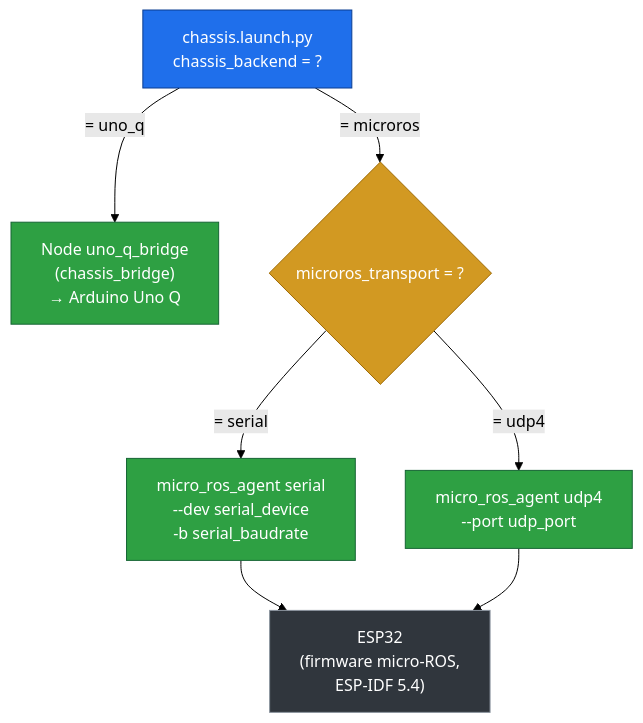
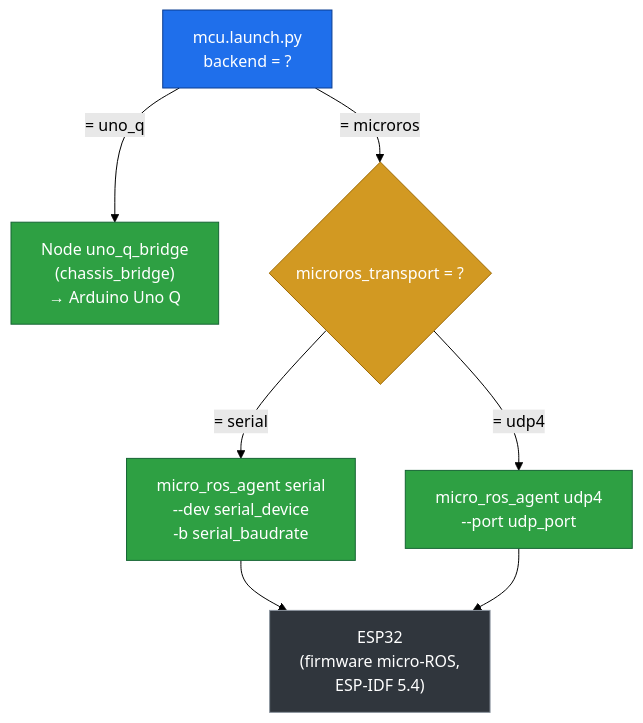
Before and after one commit to 023000237/ros2_jazzy_ws_Jean: the seventh of 8 diagrams in docs/runbook-arquitectura.md, drawn with Mermaid (forest theme). The commit also changed other lines of this file and 41 other files, not shown here.

Commit message:
new architecture

````diff
--- a/docs/runbook-arquitectura.md
+++ b/docs/runbook-arquitectura.md
@@ -187,22 +407,22 @@
 ```mermaid
 graph TD
-    START["chassis.launch.py<br/>chassis_backend = ?"]
+    START["mcu.launch.py<br/>backend = ?"]
 
     START -->|"= uno_q"| UNOQ["Node uno_q_bridge<br/>(chassis_bridge)<br/>→ Arduino Uno Q"]
     START -->|"= microros"| MR{"microros_transport = ?"}
 
     MR -->|"= serial"| SER["micro_ros_agent serial<br/>--dev serial_device<br/>-b serial_baudrate"]
     MR -->|"= udp4"| UDP["micro_ros_agent udp4<br/>--port udp_port"]
 
     SER --> ESP["ESP32<br/>(firmware micro-ROS,<br/>ESP-IDF 5.4)"]
     UDP --> ESP
 
     classDef start fill:#1f6feb,stroke:#0b3d91,color:#fff
     classDef dec fill:#d29922,stroke:#9e6a03,color:#fff
     classDef node fill:#2ea043,stroke:#166534,color:#fff
     classDef hw fill:#30363d,stroke:#8b949e,color:#fff
     class START start
     class MR dec
     class UNOQ,SER,UDP node
     class ESP hw
 ```
````
